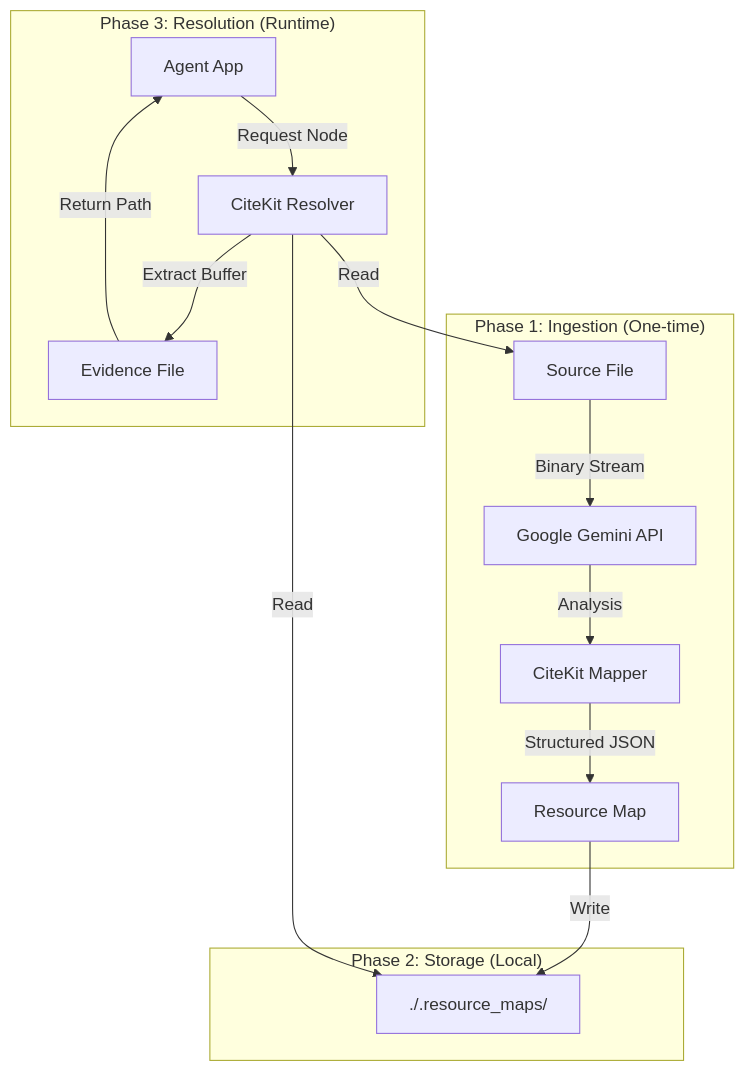
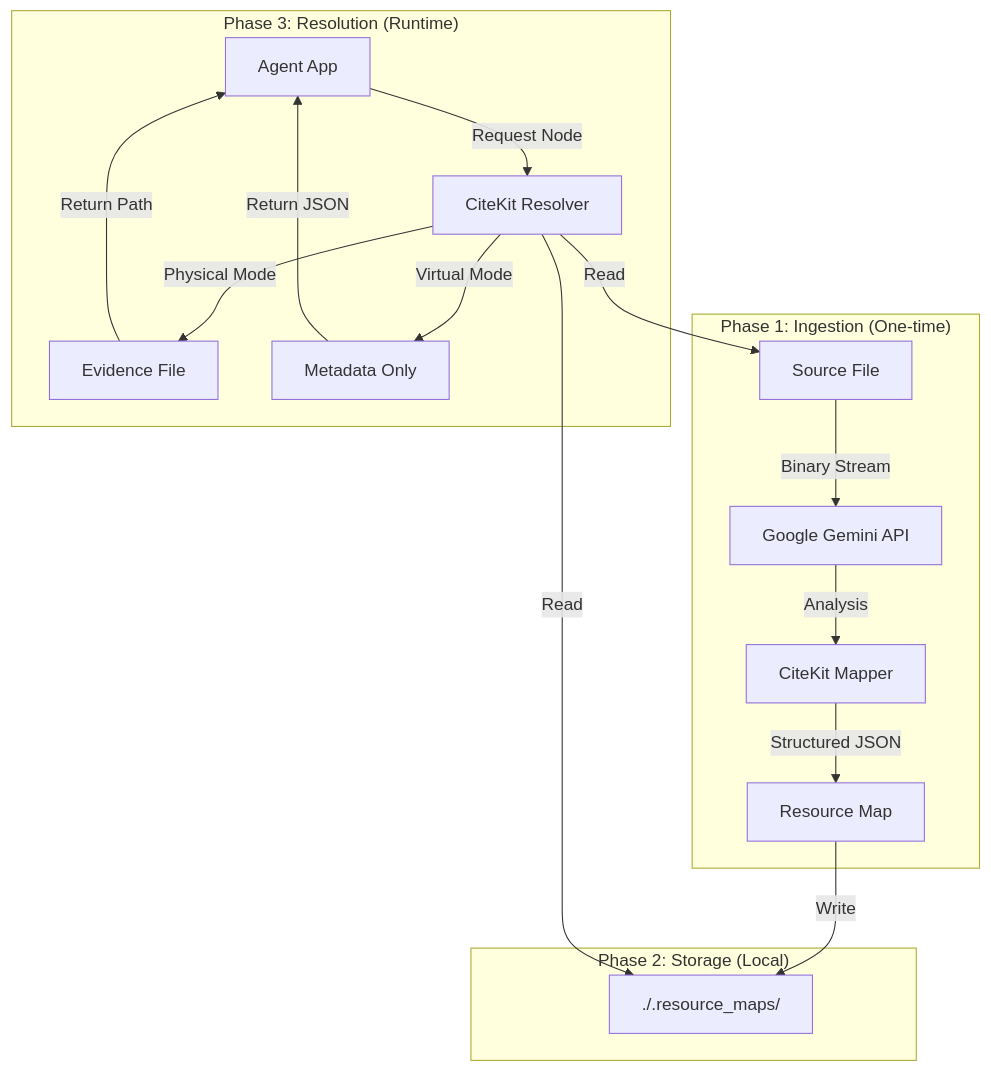
One commit to abdushakurob/citekit changed the diagram in docs/guide/concepts/architecture.md. Above: the diagram before and after it, drawn with Mermaid. The commit also changed other lines of this file and 30 other files, not shown here.

Commit message:
feat: Implement initial CiteKit architecture with resource mapping, resolution, Gemini integration, and documentation.

````diff
--- a/docs/guide/concepts/architecture.md
+++ b/docs/guide/concepts/architecture.md
@@ -15,20 +15,22 @@
 ```mermaid
 graph TD
     subgraph "Phase 1: Ingestion (One-time)"
     A[Source File] -->|Binary Stream| B[Google Gemini API]
     B -->|Analysis| C[CiteKit Mapper]
     C -->|Structured JSON| D[Resource Map]
     end
 
     subgraph "Phase 2: Storage (Local)"
     D -->|Write| E[./.resource_maps/]
     end
 
     subgraph "Phase 3: Resolution (Runtime)"
     App[Agent App] -->|Request Node| F[CiteKit Resolver]
     F -->|Read| E
     F -->|Read| A
-    F -->|Extract Buffer| G[Evidence File]
+    F -->|Physical Mode| G[Evidence File]
+    F -->|Virtual Mode| H[Metadata Only]
     G -->|Return Path| App
+    H -->|Return JSON| App
     end
 ```
````
